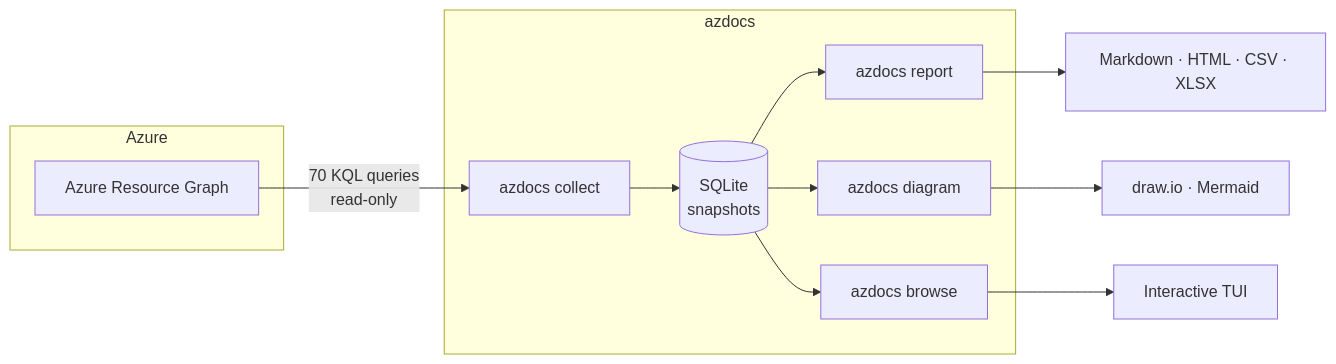
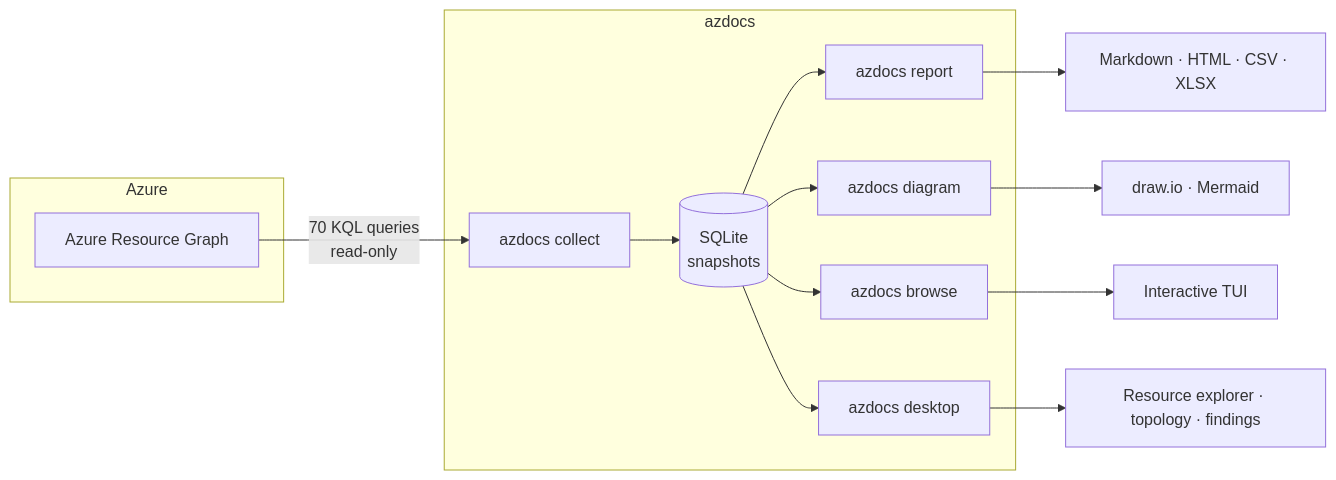
One commit to russmckendrick/azdocs changed the diagram in docs/README.md. Above: the diagram before and after it, drawn with Mermaid. The commit also changed other lines of this file and 93 other files, not shown here.

Commit message:
✨ feat(desktop): add Tauri Azure estate explorer

````diff
--- a/docs/README.md
+++ b/docs/README.md
@@ -7,21 +7,24 @@
 ```mermaid
 flowchart LR
     subgraph Azure
         ARG[Azure Resource Graph]
     end
     subgraph azdocs
         collect[azdocs collect]
         db[(SQLite<br/>snapshots)]
         report[azdocs report]
         diagram[azdocs diagram]
         browse[azdocs browse]
+        desktop[azdocs desktop]
     end
     ARG -->|70 KQL queries<br/>read-only| collect
     collect --> db
     db --> report
     db --> diagram
     db --> browse
+    db --> desktop
     report --> docs_out[Markdown · HTML · CSV · XLSX]
     diagram --> diag_out[draw.io · Mermaid]
     browse --> tui[Interactive TUI]
+    desktop --> gui[Resource explorer · topology · findings]
 ```
````
